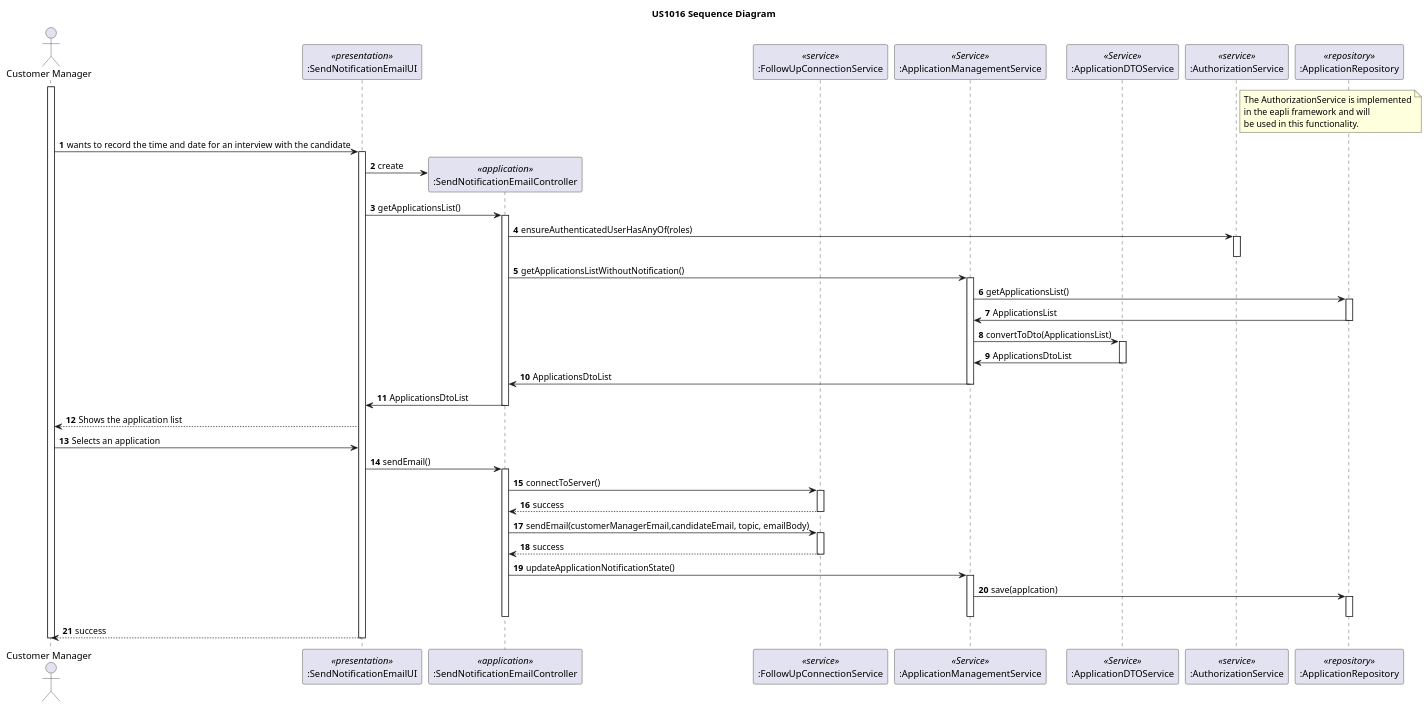
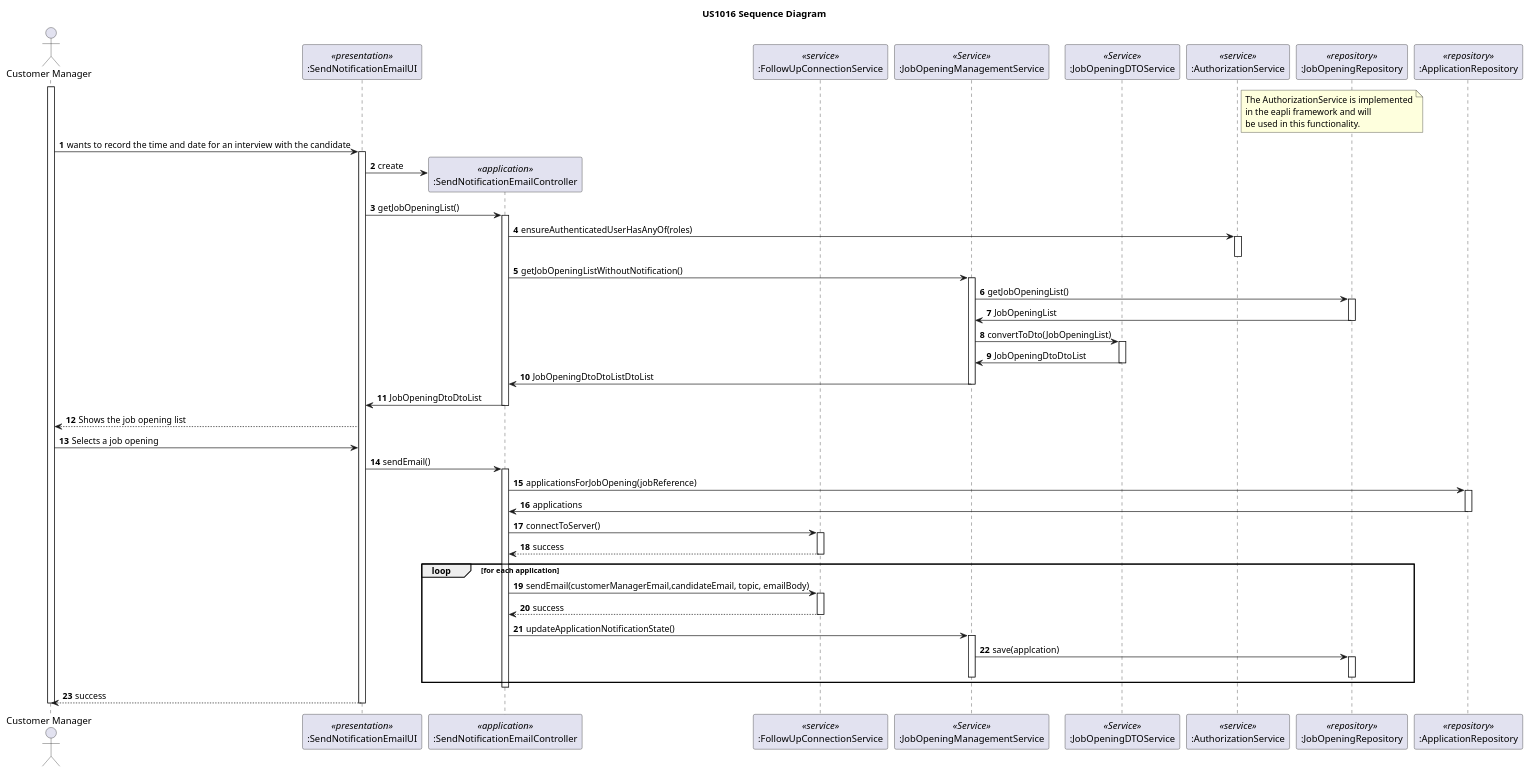
Before and after one commit to rita-barbosa/LAPR4-2324: the diagram in docs/sprint-c/us_1016/sd/sd-us-1016.puml, drawn with PlantUML.

Commit message:
docs: update in design of 1016 , cd [#134]

```diff
--- a/docs/sprint-c/us_1016/sd/sd-us-1016.puml
+++ b/docs/sprint-c/us_1016/sd/sd-us-1016.puml
@@ -1,76 +1,83 @@
 @startuml
 autonumber
 
 title US1016 Sequence Diagram
 
 actor "Customer Manager" as CustomerManager
 
 participant ":SendNotificationEmailUI" as UI <<presentation>>
 participant ":SendNotificationEmailController" as CTRL <<application>>
 participant ":FollowUpConnectionService" as ServerService <<service>>
-participant ":ApplicationManagementService" as ApplicationService <<Service>>
-participant ":ApplicationDTOService" as ApplicationDTOService <<Service>>
+participant ":JobOpeningManagementService" as JobOpeningService <<Service>>
+participant ":JobOpeningDTOService" as JobOpeningDTOService <<Service>>
 participant ":AuthorizationService" as AUTHZ <<service>>
-participant ":ApplicationRepository" as ApplicationRepository <<repository>>
+participant ":JobOpeningRepository" as JobOpeningRepository <<repository>>
+participant ":ApplicationRepository" as ApplicationRepository  <<repository>>
 
 note right AUTHZ
 The AuthorizationService is implemented
 in the eapli framework and will
 be used in this functionality.
 end note
 
 activate CustomerManager
 
 CustomerManager -> UI : wants to record the time and date for an interview with the candidate
 activate UI
 
 UI -> CTRL**: create
 
-UI -> CTRL: getApplicationsList()
+UI -> CTRL: getJobOpeningList()
 activate CTRL
 CTRL -> AUTHZ:  ensureAuthenticatedUserHasAnyOf(roles)
 activate AUTHZ
 deactivate AUTHZ
-CTRL ->ApplicationService: getApplicationsListWithoutNotification()
-    activate ApplicationService
-        ApplicationService -> ApplicationRepository: getApplicationsList()
+CTRL ->JobOpeningService: getJobOpeningListWithoutNotification()
+    activate JobOpeningService
+        JobOpeningService -> JobOpeningRepository: getJobOpeningList()
 
-        activate ApplicationRepository
-            ApplicationRepository -> ApplicationService: ApplicationsList
-        deactivate ApplicationRepository
+        activate JobOpeningRepository
+            JobOpeningRepository -> JobOpeningService: JobOpeningList
+        deactivate JobOpeningRepository
 
-        ApplicationService-> ApplicationDTOService: convertToDto(ApplicationsList)
-        activate ApplicationDTOService
-            ApplicationDTOService -> ApplicationService:ApplicationsDtoList
-        deactivate ApplicationDTOService
-        ApplicationService -> CTRL: ApplicationsDtoList
-    deactivate ApplicationService
-    CTRL -> UI: ApplicationsDtoList
+        JobOpeningService-> JobOpeningDTOService: convertToDto(JobOpeningList)
+        activate JobOpeningDTOService
+            JobOpeningDTOService -> JobOpeningService:JobOpeningDtoDtoList
+        deactivate JobOpeningDTOService
+        JobOpeningService -> CTRL: JobOpeningDtoDtoListDtoList
+    deactivate JobOpeningService
+    CTRL -> UI: JobOpeningDtoDtoList
 deactivate CTRL
 
-UI--> CustomerManager: Shows the application list
-CustomerManager-> UI: Selects an application
+UI--> CustomerManager: Shows the job opening list
+CustomerManager-> UI: Selects a job opening
 
 UI->CTRL: sendEmail()
 activate CTRL
+    CTRL -> ApplicationRepository: applicationsForJobOpening(jobReference)
+    activate ApplicationRepository
+        ApplicationRepository-> CTRL: applications
+    deactivate ApplicationRepository
     CTRL ->ServerService: connectToServer()
     activate ServerService
         ServerService --> CTRL: success
     deactivate ServerService
-    CTRL -> ServerService: sendEmail(customerManagerEmail,candidateEmail, topic, emailBody)
-    activate ServerService
-        ServerService--> CTRL: success
-    deactivate ServerService
+    loop for each application
+        CTRL -> ServerService: sendEmail(customerManagerEmail,candidateEmail, topic, emailBody)
+        activate ServerService
+            ServerService--> CTRL: success
+        deactivate ServerService
 
-    CTRL-> ApplicationService: updateApplicationNotificationState()
-    activate ApplicationService
-        ApplicationService -> ApplicationRepository: save(applcation)
-        activate ApplicationRepository
-        deactivate ApplicationRepository
-    deactivate ApplicationService
+        CTRL-> JobOpeningService: updateApplicationNotificationState()
+        activate JobOpeningService
+            JobOpeningService -> JobOpeningRepository: save(applcation)
+            activate JobOpeningRepository
+            deactivate JobOpeningRepository
+        deactivate JobOpeningService
+   end loop
 deactivate CTRL
 UI --> CustomerManager: success
 deactivate UI
 deactivate CustomerManager
 
 @enduml
```
